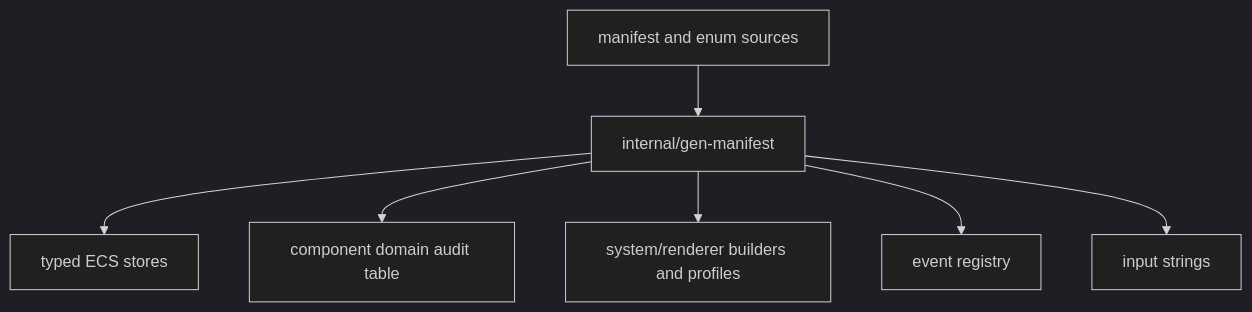
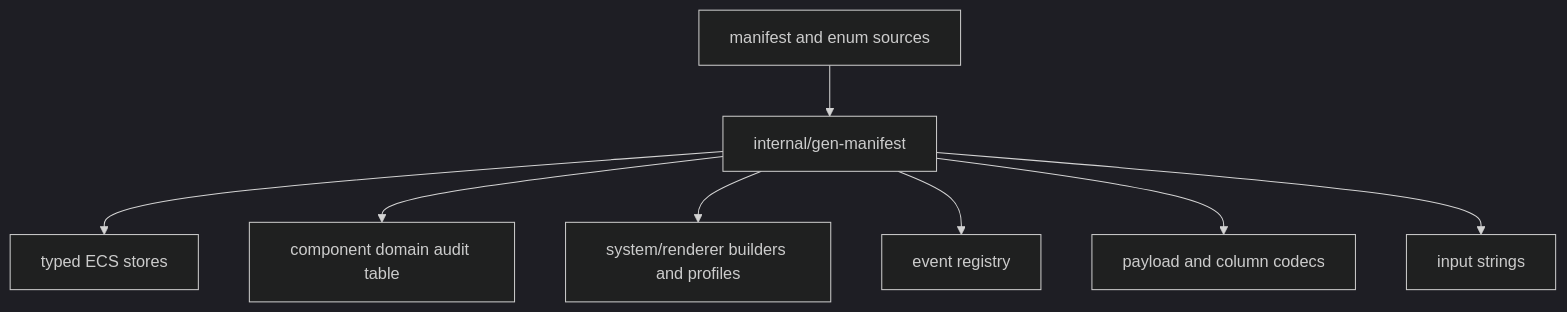
One commit to lixenwraith/vif changed the diagram in doc/development.md. Above: the diagram before and after it, drawn with Mermaid (dark theme). The commit also changed other lines of this file and 40 other files, not shown here.

First line of the commit message:
docs: a sweep against the code, the timeline to date, and agent notes regrouped (#1064)

````diff
--- a/doc/development.md
+++ b/doc/development.md
@@ -121,9 +125,10 @@
 ```mermaid
 flowchart TD
     Definition["manifest and enum sources"] --> Generator["internal/gen-manifest"]
     Generator --> Stores["typed ECS stores"]
     Generator --> Domains["component domain audit table"]
     Generator --> Builders["system/renderer builders and profiles"]
     Generator --> Registry["event registry"]
+    Generator --> Codecs["payload and column codecs"]
     Generator --> Strings["input strings"]
 ```
````
